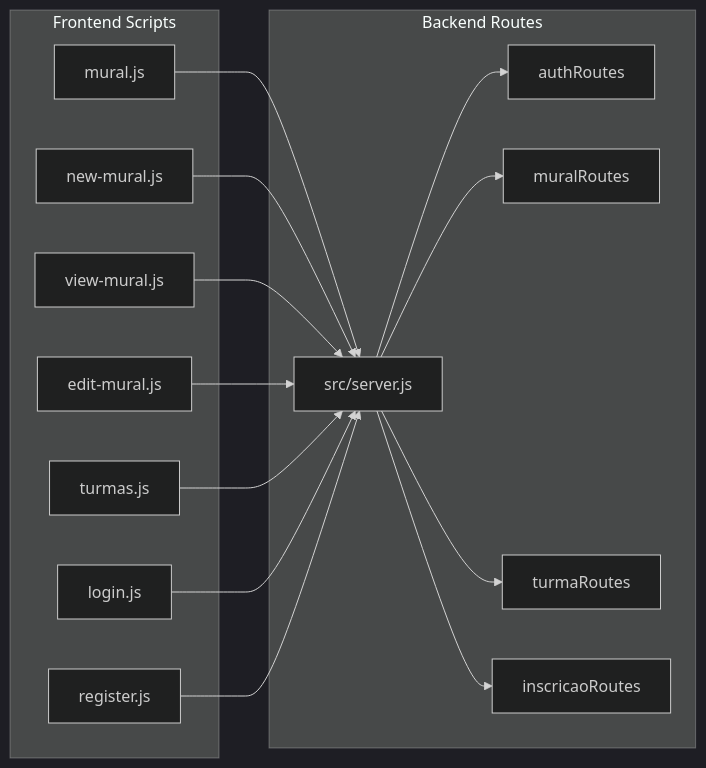
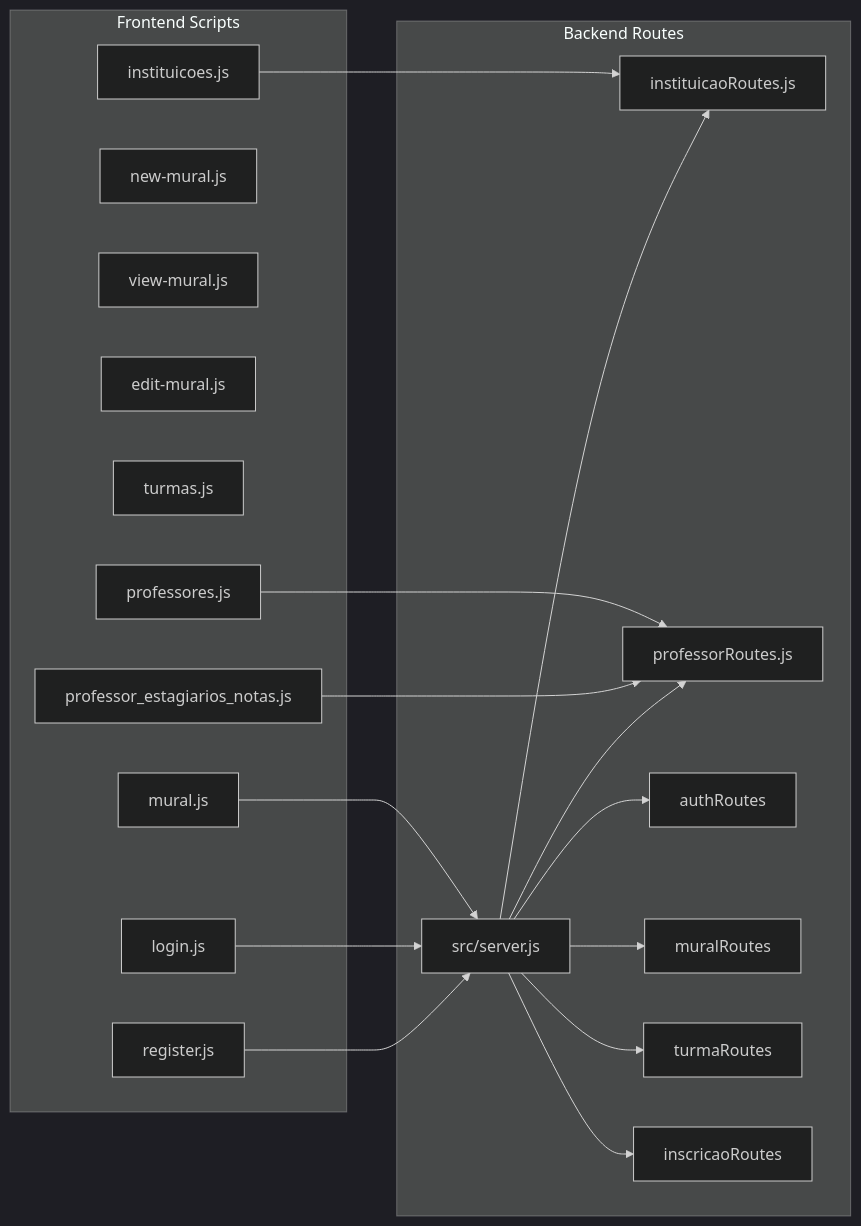
The eighth of 12 diagrams in .qoder/repowiki/en/content/Frontend Architecture/Frontend Architecture.md (luiseduacosta/nodemural), drawn with Mermaid (dark theme) before and after one commit. The commit also changed other lines of this file and 27 other files, not shown here.

````diff
--- a/.qoder/repowiki/en/content/Frontend Architecture/Frontend Architecture.md
+++ b/.qoder/repowiki/en/content/Frontend Architecture/Frontend Architecture.md
@@ -332,30 +442,36 @@
 ```mermaid
 graph LR
 subgraph "Frontend Scripts"
 MJS["mural.js"]
 NMJS["new-mural.js"]
 VMJS["view-mural.js"]
 EMJS["edit-mural.js"]
 TJMS["turmas.js"]
+INSTJS["instituicoes.js"]
+PROFESJS["professores.js"]
+GRADESJS["professor_estagiarios_notas.js"]
 LJS["login.js"]
 RJS["register.js"]
 end
 subgraph "Backend Routes"
 SRV["src/server.js"]
+INSTR["instituicaoRoutes.js"]
+PRFR["professorRoutes.js"]
 AR["authRoutes"]
 MR["muralRoutes"]
 TR["turmaRoutes"]
 IR["inscricaoRoutes"]
 end
 MJS --> SRV
-NMJS --> SRV
-VMJS --> SRV
-EMJS --> SRV
-TJMS --> SRV
+INSTJS --> INSTR
+PROFESJS --> PRFR
+GRADESJS --> PRFR
 LJS --> SRV
 RJS --> SRV
 SRV --> AR
 SRV --> MR
 SRV --> TR
 SRV --> IR
+SRV --> INSTR
+SRV --> PRFR
 ```
````
